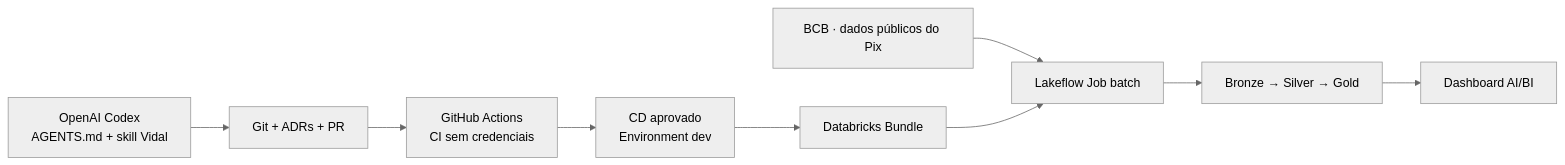
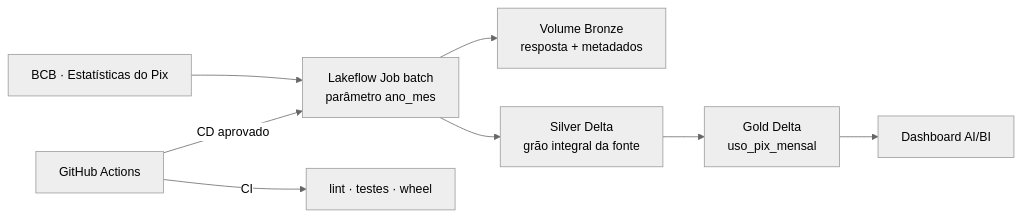
The diagram in README.md (lucasvidalsilva/projeto-pulso-pix-databricks), drawn with Mermaid (neutral theme) before and after one commit. The commit also changed other lines of this file, not shown here.

````diff
--- a/README.md
+++ b/README.md
@@ -21,11 +27,10 @@
 ```mermaid
 flowchart LR
-    CODEX["OpenAI Codex<br/>AGENTS.md + skill Vidal"] --> GIT["Git + ADRs + PR"]
-    GIT --> CI["GitHub Actions<br/>CI sem credenciais"]
-    CI --> CD["CD aprovado<br/>Environment dev"]
-    CD --> DAB["Databricks Bundle"]
-    BCB["BCB · dados públicos do Pix"] --> JOB["Lakeflow Job batch"]
-    DAB --> JOB
-    JOB --> MED["Bronze → Silver → Gold"]
-    MED --> DASH["Dashboard AI/BI"]
+    BCB["BCB · Estatísticas do Pix"] --> JOB["Lakeflow Job batch<br/>parâmetro ano_mes"]
+    JOB --> RAW["Volume Bronze<br/>resposta + metadados"]
+    JOB --> SILVER["Silver Delta<br/>grão integral da fonte"]
+    SILVER --> GOLD["Gold Delta<br/>uso_pix_mensal"]
+    GOLD --> DASH["Dashboard AI/BI"]
+    GIT["GitHub Actions"] -->|CI| TESTS["lint · testes · wheel"]
+    GIT -->|CD aprovado| JOB
 ```
````
